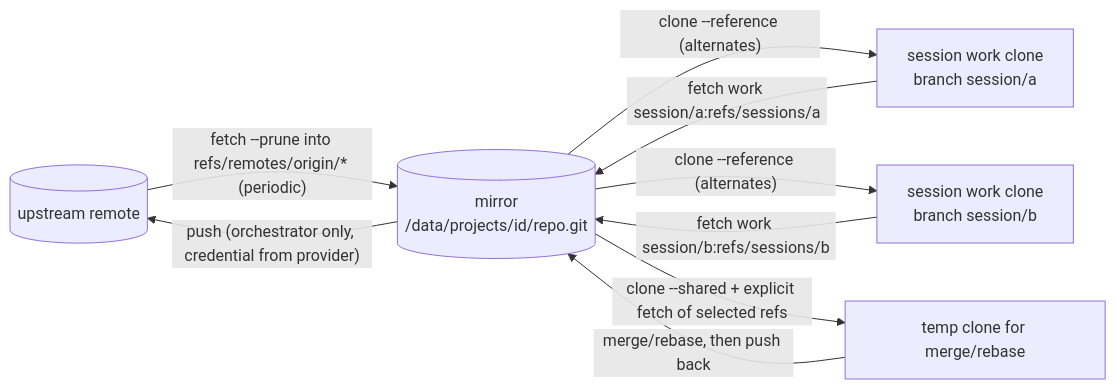
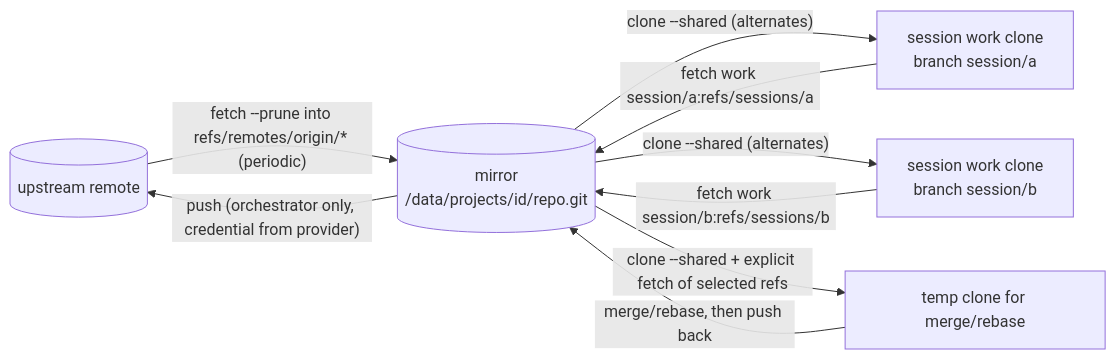
The sixth of 7 diagrams in ARCHITECTURE.md (LHelge/mars), drawn with Mermaid before and after one commit. The commit also changed other lines of this file and 4 other files, not shown here.

First line of the commit message:
fix(orchestrator): clone a session with --shared alone so alternates keep DATA_DIR's spelling (d6vuy)

````diff
--- a/ARCHITECTURE.md
+++ b/ARCHITECTURE.md
@@ -658,17 +658,17 @@
 ```mermaid
 flowchart LR
     UP[(upstream remote)]
     M[(mirror<br/>/data/projects/id/repo.git)]
     W1[session work clone<br/>branch session/a]
     W2[session work clone<br/>branch session/b]
     T[temp clone for merge/rebase]
 
     UP -- "fetch --prune into refs/remotes/origin/* (periodic)" --> M
-    M -- "clone --reference (alternates)" --> W1
-    M -- "clone --reference (alternates)" --> W2
+    M -- "clone --shared (alternates)" --> W1
+    M -- "clone --shared (alternates)" --> W2
     W1 -- "fetch work session/a:refs/sessions/a" --> M
     W2 -- "fetch work session/b:refs/sessions/b" --> M
     M -- "clone --shared + explicit fetch of selected refs" --> T
     T -- "merge/rebase, then push back" --> M
     M -- "push (orchestrator only, credential from provider)" --> UP
 ```
````
